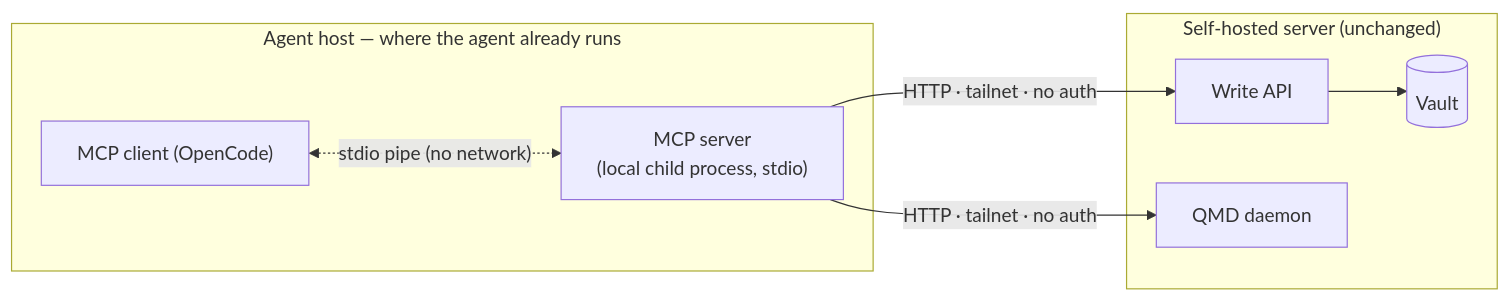
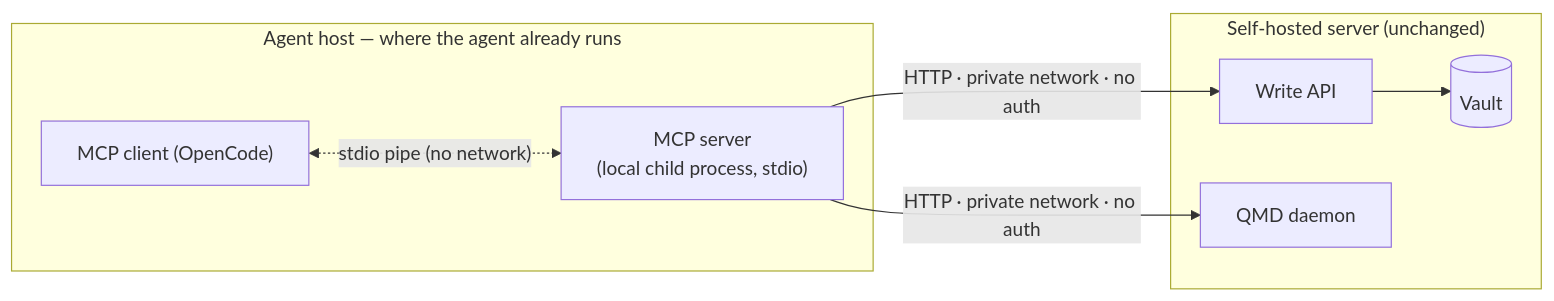
Before and after one commit to leandroFernandez94/AMS: the second of 4 diagrams in docs/remote-mcp-deployment.md, drawn with Mermaid. The commit also changed other lines of this file and 6 other files, not shown here.

First line of the commit message:
docs: genericize private-network framing and harden stdio guidance

````diff
--- a/docs/remote-mcp-deployment.md
+++ b/docs/remote-mcp-deployment.md
@@ -163,17 +163,17 @@
 ```mermaid
 flowchart LR
     subgraph agent["Agent host — where the agent already runs"]
         client["MCP client (OpenCode)"]
         mcp["MCP server<br/>(local child process, stdio)"]
         client <-. "stdio pipe (no network)" .-> mcp
     end
     subgraph vaultbox["Self-hosted server (unchanged)"]
         api["Write API"]
         qmd["QMD daemon"]
         vault[("Vault")]
     end
 
-    mcp -- "HTTP · tailnet · no auth" --> api
-    mcp -- "HTTP · tailnet · no auth" --> qmd
+    mcp -- "HTTP · private network · no auth" --> api
+    mcp -- "HTTP · private network · no auth" --> qmd
     api --> vault
 ```
````
